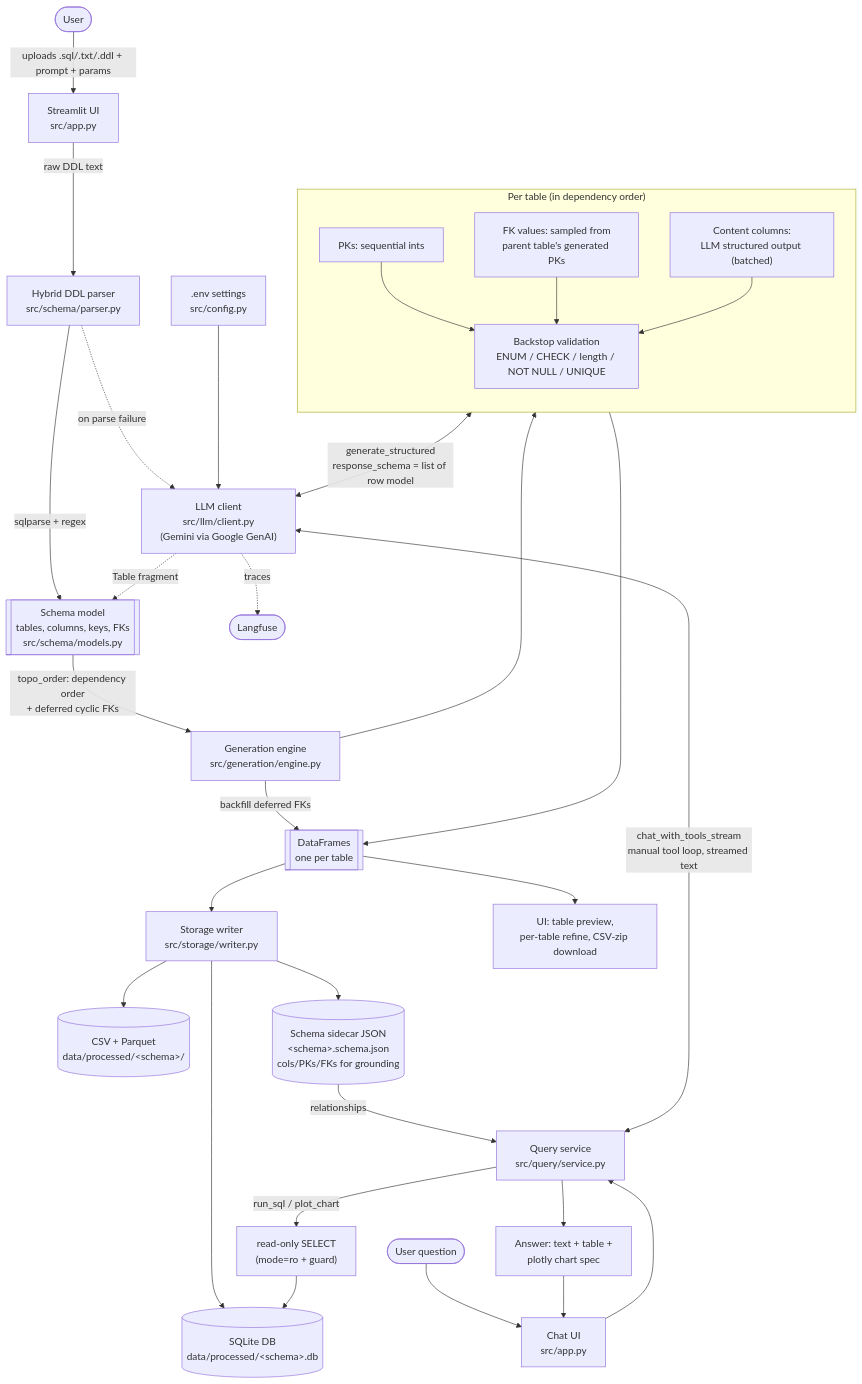
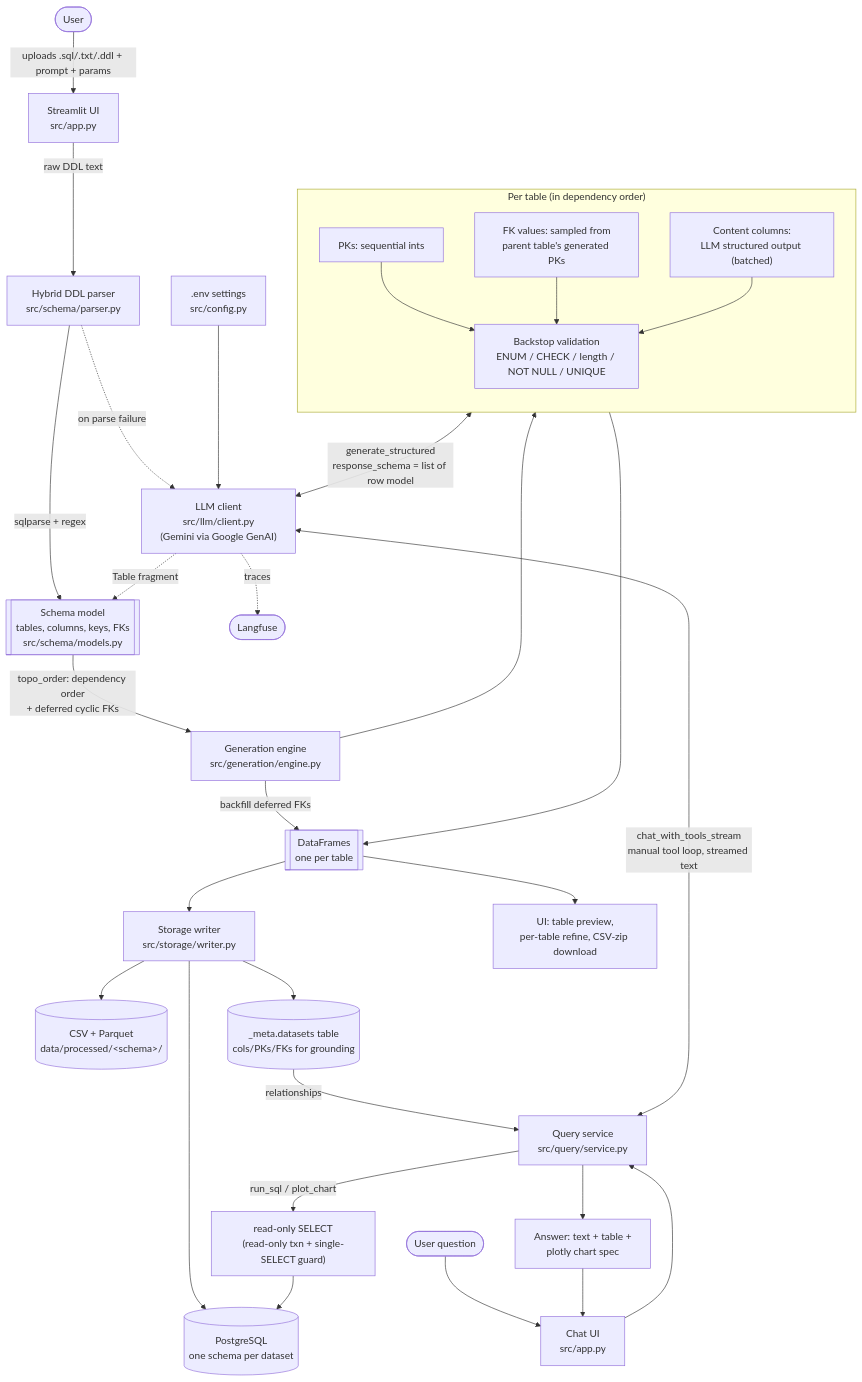
One commit to kcholyshere/Chatty-data-generation changed the diagram in ARCHITECTURE.md. Above: the diagram before and after it, drawn with Mermaid.

Commit message:
Update architecture diagram to PostgreSQL store
The diagram still showed the old SQLite DB, the on-disk schema sidecar JSON,
and a mode=ro connection. Reality is now a PostgreSQL schema per dataset,
metadata in _meta.datasets, and a read-only transaction plus single-SELECT
guard on the query path.

````diff
--- a/ARCHITECTURE.md
+++ b/ARCHITECTURE.md
@@ -6,47 +6,47 @@
 ```mermaid
 flowchart TD
     user([User]) -->|uploads .sql/.txt/.ddl + prompt + params| app["Streamlit UI<br/>src/app.py"]
 
     app -->|raw DDL text| parser["Hybrid DDL parser<br/>src/schema/parser.py"]
     parser -->|sqlparse + regex| schema[["Schema model<br/>tables, columns, keys, FKs<br/>src/schema/models.py"]]
     parser -. on parse failure .-> llm
     llm -. Table fragment .-> schema
 
     schema -->|topo_order: dependency order<br/>+ deferred cyclic FKs| engine["Generation engine<br/>src/generation/engine.py"]
 
     subgraph gen ["Per table (in dependency order)"]
         direction TB
         pk["PKs: sequential ints"]
         fk["FK values: sampled from<br/>parent table's generated PKs"]
         content["Content columns:<br/>LLM structured output (batched)"]
         validate["Backstop validation<br/>ENUM / CHECK / length / NOT NULL / UNIQUE"]
         pk --> validate
         fk --> validate
         content --> validate
     end
 
     engine --> gen
     content <-->|generate_structured<br/>response_schema = list of row model| llm["LLM client<br/>src/llm/client.py<br/>(Gemini via Google GenAI)"]
     config[".env settings<br/>src/config.py"] --> llm
     llm -. traces .-> langfuse([Langfuse])
 
     gen --> frames[["DataFrames<br/>one per table"]]
     engine -->|backfill deferred FKs| frames
 
     frames --> storage["Storage writer<br/>src/storage/writer.py"]
     storage --> csv[(CSV + Parquet<br/>data/processed/&lt;schema&gt;/)]
-    storage --> sqlite[(SQLite DB<br/>data/processed/&lt;schema&gt;.db)]
-    storage --> sidecar[(Schema sidecar JSON<br/>&lt;schema&gt;.schema.json<br/>cols/PKs/FKs for grounding)]
+    storage --> postgres[(PostgreSQL<br/>one schema per dataset)]
+    storage --> meta[(_meta.datasets table<br/>cols/PKs/FKs for grounding)]
 
     frames --> preview["UI: table preview,<br/>per-table refine, CSV-zip download"]
 
     %% --- Phase 2: Talk to your data ---
     question([User question]) --> chat["Chat UI<br/>src/app.py"]
     chat --> service["Query service<br/>src/query/service.py"]
-    sidecar -->|relationships| service
+    meta -->|relationships| service
     service <-->|chat_with_tools_stream<br/>manual tool loop, streamed text| llm
-    service -->|run_sql / plot_chart| roconn["read-only SELECT<br/>(mode=ro + guard)"]
-    roconn --> sqlite
+    service -->|run_sql / plot_chart| roconn["read-only SELECT<br/>(read-only txn + single-SELECT guard)"]
+    roconn --> postgres
     service --> answer["Answer: text + table +<br/>plotly chart spec"]
     answer --> chat
 ```
````
